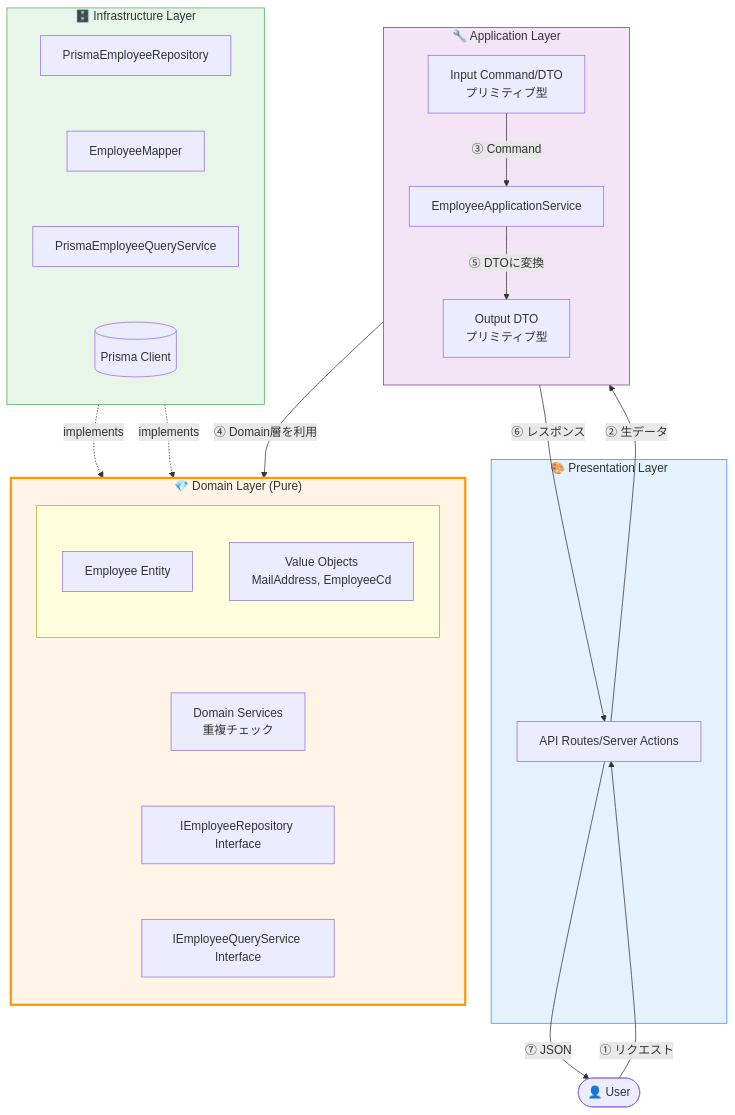
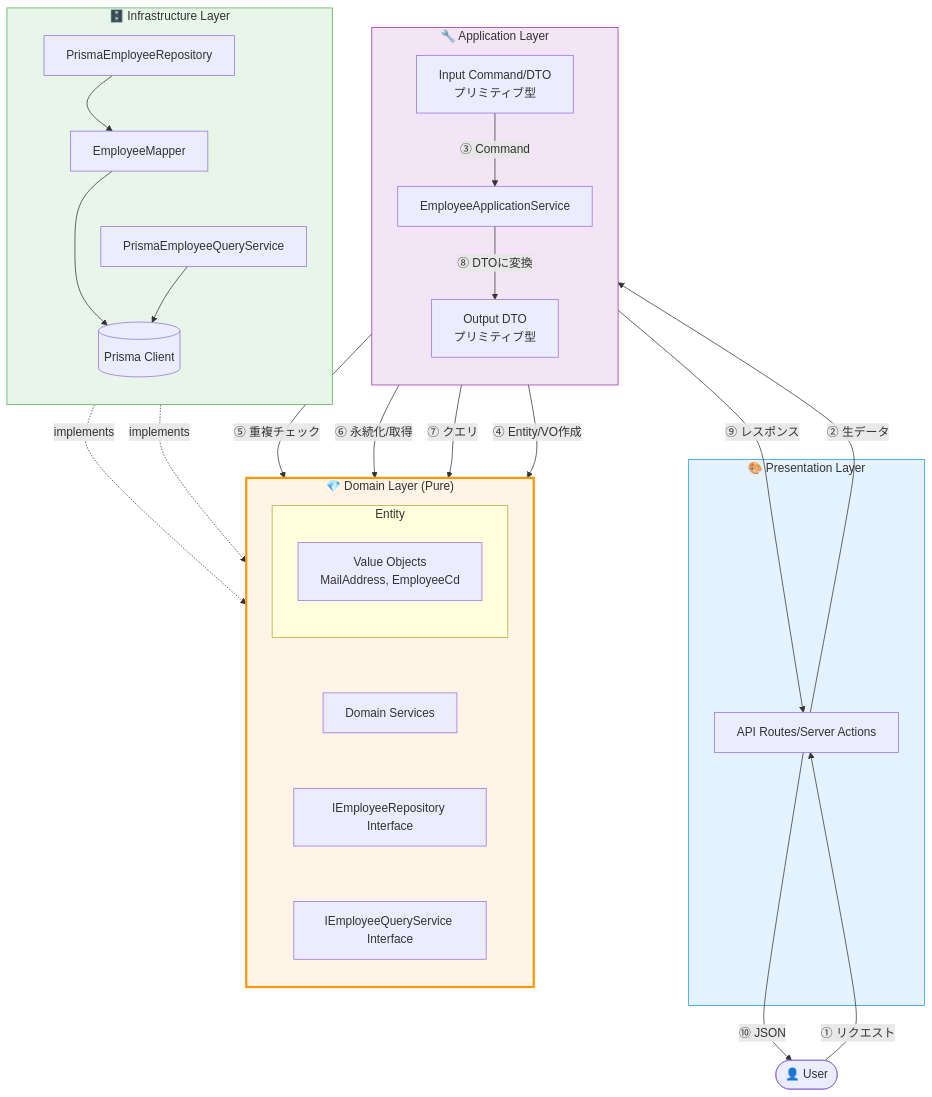
Before and after one commit to chapplehub/estimate-management-system: the first of 5 diagrams in docs/ddd-architecture-overview.md, drawn with Mermaid.

Commit message:
アーキテクチャ図いったん完成

````diff
--- a/docs/ddd-architecture-overview.md
+++ b/docs/ddd-architecture-overview.md
@@ -19,66 +19,71 @@
 ```mermaid
 flowchart TB
     User([👤 User])
 
     subgraph Presentation["🎨 Presentation Layer"]
         API[API Routes/Server Actions]
     end
 
     subgraph Application["🔧 Application Layer"]
         direction TB
         InputDTO[Input Command/DTO<br/>プリミティブ型]
         AppService[EmployeeApplicationService]
         OutputDTO[Output DTO<br/>プリミティブ型]
     end
 
     subgraph Domain["💎 Domain Layer (Pure)"]
         direction TB
-        subgraph EntityGroup[" "]
+        subgraph EntityGroup["Entity"]
             direction TB
-            Entity[Employee Entity]
             VO[Value Objects<br/>MailAddress, EmployeeCd]
         end
-        DomainService[Domain Services<br/>重複チェック]
+        DomainService[Domain Services]
         IRepo[IEmployeeRepository Interface]
         IQuery[IEmployeeQueryService Interface]
     end
 
     subgraph Infrastructure["🗄️ Infrastructure Layer"]
         direction TB
         Repo[PrismaEmployeeRepository]
         QueryService[PrismaEmployeeQueryService]
         Mapper[EmployeeMapper]
         Prisma[(Prisma Client)]
     end
 
     %% データの流れ（上から下）
     User -->|"① リクエスト"| API
     API -->|"② 生データ"| InputDTO
     InputDTO -->|"③ Command"| AppService
-    AppService -->|"④ Domain層を利用"| EntityGroup
+    AppService -->|"④ Entity/VO作成"| EntityGroup
+    AppService -->|"⑤ 重複チェック"| DomainService
+    AppService -->|"⑥ 永続化/取得"| IRepo
+    AppService -->|"⑦ クエリ"| IQuery
 
     %% 層の順序を強制（見えない矢印）
     EntityGroup ~~~ DomainService
     DomainService ~~~ IRepo
     IRepo ~~~ IQuery
     IQuery ~~~ Repo
 
     %% Infrastructure層の実装関係（下から上への点線）
     Repo -.implements.-> IRepo
     QueryService -.implements.-> IQuery
+    Repo --> Mapper
+    QueryService --> Prisma
+    Mapper --> Prisma
 
     %% Infrastructure層内の依存
     Repo ~~~ Mapper
     Mapper ~~~ QueryService
     QueryService ~~~ Prisma
 
     %% レスポンスの流れ（下から上）
-    AppService -->|"⑤ DTOに変換"| OutputDTO
-    OutputDTO -->|"⑥ レスポンス"| API
-    API -->|"⑦ JSON"| User
+    AppService -->|"⑧ DTOに変換"| OutputDTO
+    OutputDTO -->|"⑨ レスポンス"| API
+    API -->|"⑩ JSON"| User
 
     style Domain fill:#fff4e6,stroke:#ff9800,stroke-width:3px
     style Presentation fill:#e3f2fd,stroke:#2196f3
     style Application fill:#f3e5f5,stroke:#9c27b0
     style Infrastructure fill:#e8f5e9,stroke:#4caf50
 ```
````
